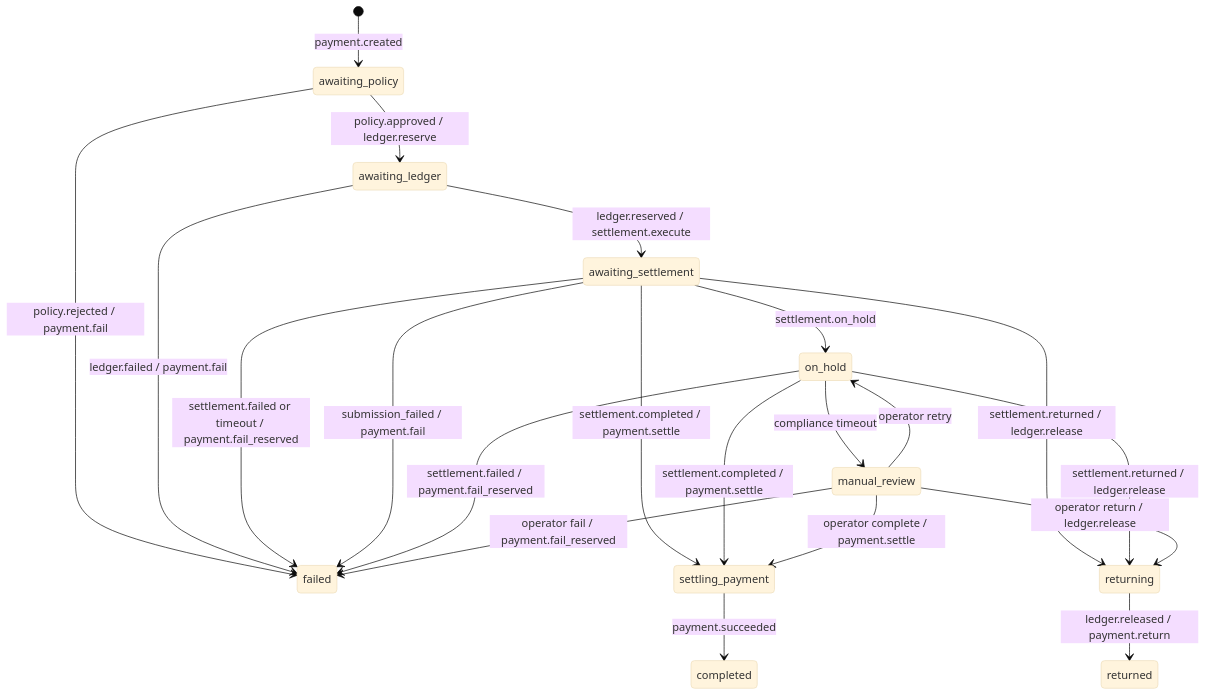
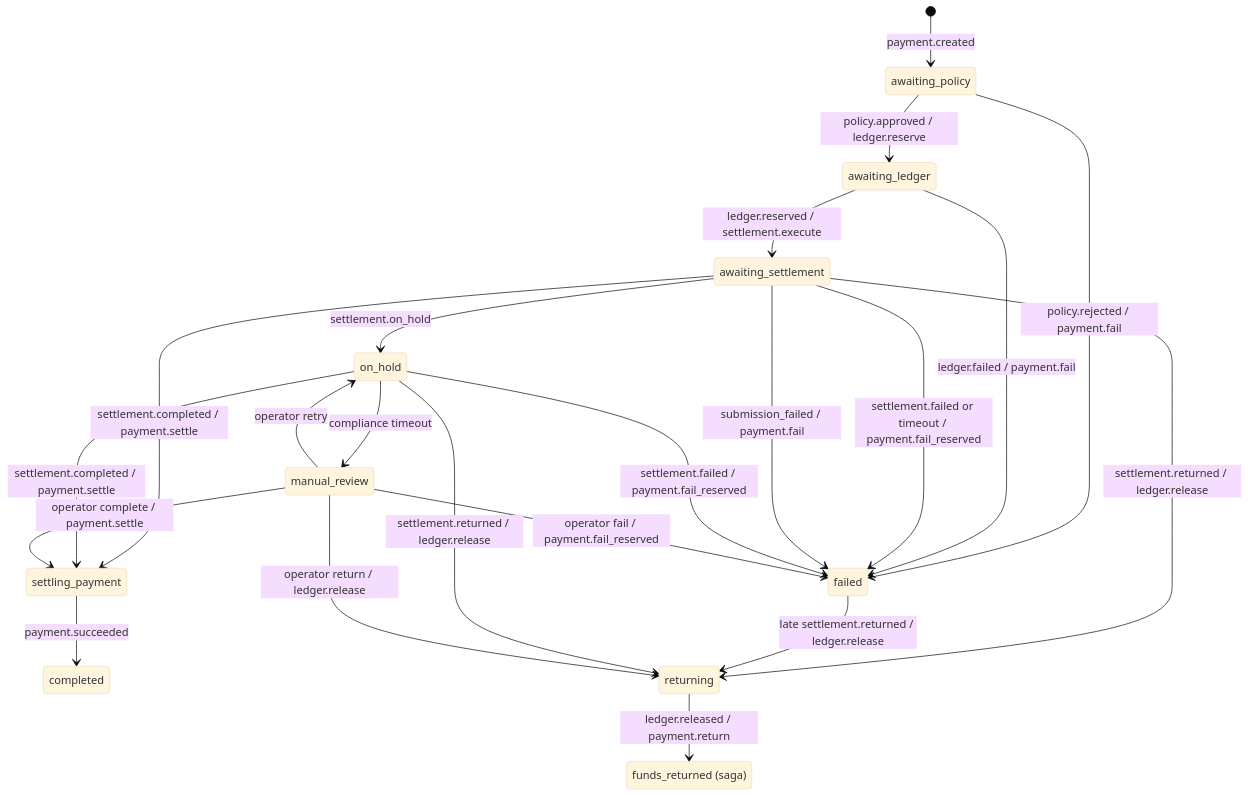
The third of 3 diagrams in README.md (lancechuangdev/StableRail), drawn with Mermaid (base theme) before and after one commit. The commit also changed other lines of this file and 2 other files, not shown here.

Commit message:
Handle late settlement returns in payment saga

````diff
--- a/README.md
+++ b/README.md
@@ -91,27 +91,29 @@
 ```mermaid
 stateDiagram-v2
+    state "funds_returned (saga)" as returned
     [*] --> awaiting_policy: payment.created
     awaiting_policy --> awaiting_ledger: policy.approved / ledger.reserve
     awaiting_policy --> failed: policy.rejected / payment.fail
     awaiting_ledger --> awaiting_settlement: ledger.reserved / settlement.execute
     awaiting_ledger --> failed: ledger.failed / payment.fail
 
     awaiting_settlement --> settling_payment: settlement.completed / payment.settle
     settling_payment --> completed: payment.succeeded
 
     awaiting_settlement --> failed: settlement.failed or timeout / payment.fail_reserved
     awaiting_settlement --> failed: submission_failed / payment.fail
 
     awaiting_settlement --> returning: settlement.returned / ledger.release
+    failed --> returning: late settlement.returned / ledger.release
     returning --> returned: ledger.released / payment.return
 
     awaiting_settlement --> on_hold: settlement.on_hold
     on_hold --> settling_payment: settlement.completed / payment.settle
     on_hold --> failed: settlement.failed / payment.fail_reserved
     on_hold --> returning: settlement.returned / ledger.release
     on_hold --> manual_review: compliance timeout
     manual_review --> on_hold: operator retry
     manual_review --> settling_payment: operator complete / payment.settle
     manual_review --> failed: operator fail / payment.fail_reserved
     manual_review --> returning: operator return / ledger.release
 ```
````
